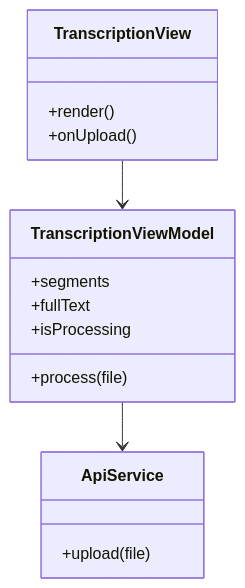
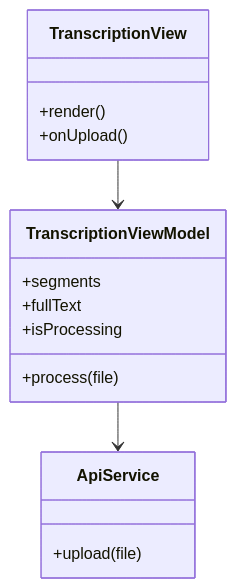
The third of 3 diagrams in README.md (MartinPapic/electron-diarization-transcription), drawn with Mermaid before and after one commit. The commit also changed other lines of this file, not shown here.

````diff
--- a/README.md
+++ b/README.md
@@ -265,43 +134,22 @@
-```mermaid
-
+``` mermaid
 classDiagram
 
-
-
 class TranscriptionView {
-
-&nbsp;   +render()
-
-&nbsp;   +onUpload()
-
+    +render()
+    +onUpload()
 }
 
-
-
 class TranscriptionViewModel {
-
-&nbsp;   +segments
-
-&nbsp;   +fullText
-
-&nbsp;   +isProcessing
-
-&nbsp;   +process(file)
-
+    +segments
+    +fullText
+    +isProcessing
+    +process(file)
 }
 
-
-
 class ApiService {
-
-&nbsp;   +upload(file)
-
+    +upload(file)
 }
 
-
-
 TranscriptionView --> TranscriptionViewModel
-
 TranscriptionViewModel --> ApiService
-
 ```
````
